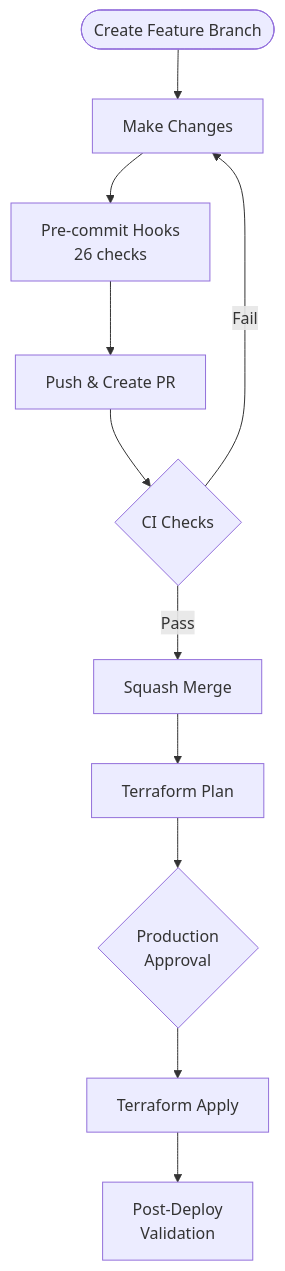
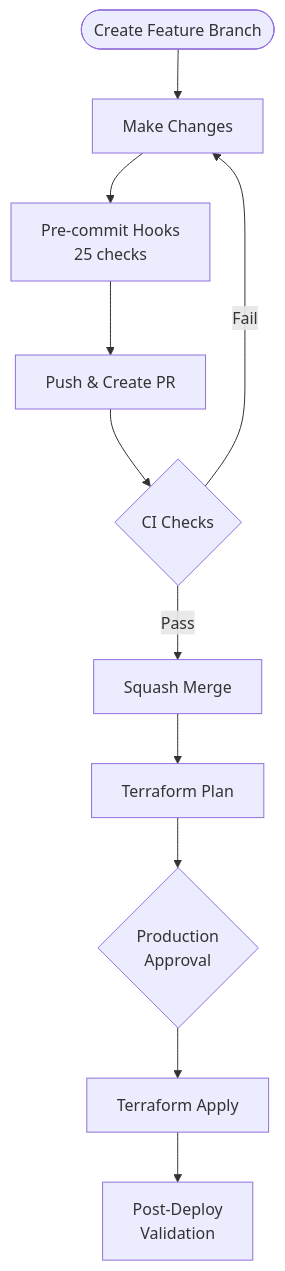
One commit to gamaware/professional-profile-iac changed the diagram in README.md. Above: the diagram before and after it, drawn with Mermaid. The commit also changed other lines of this file and 1 other file, not shown here.

Commit message:
fix: address CodeRabbit review comments on stale paths and hook count

````diff
--- a/README.md
+++ b/README.md
@@ -103,13 +103,13 @@
 ```mermaid
 flowchart TB
     A([Create Feature Branch]) --> B[Make Changes]
-    B --> C[Pre-commit Hooks<br/>26 checks]
+    B --> C[Pre-commit Hooks<br/>25 checks]
     C --> D[Push & Create PR]
     D --> E{CI Checks}
     E -->|Pass| F[Squash Merge]
     E -->|Fail| B
     F --> G[Terraform Plan]
     G --> H{Production<br/>Approval}
     H --> I[Terraform Apply]
     I --> J[Post-Deploy<br/>Validation]
 ```
````
